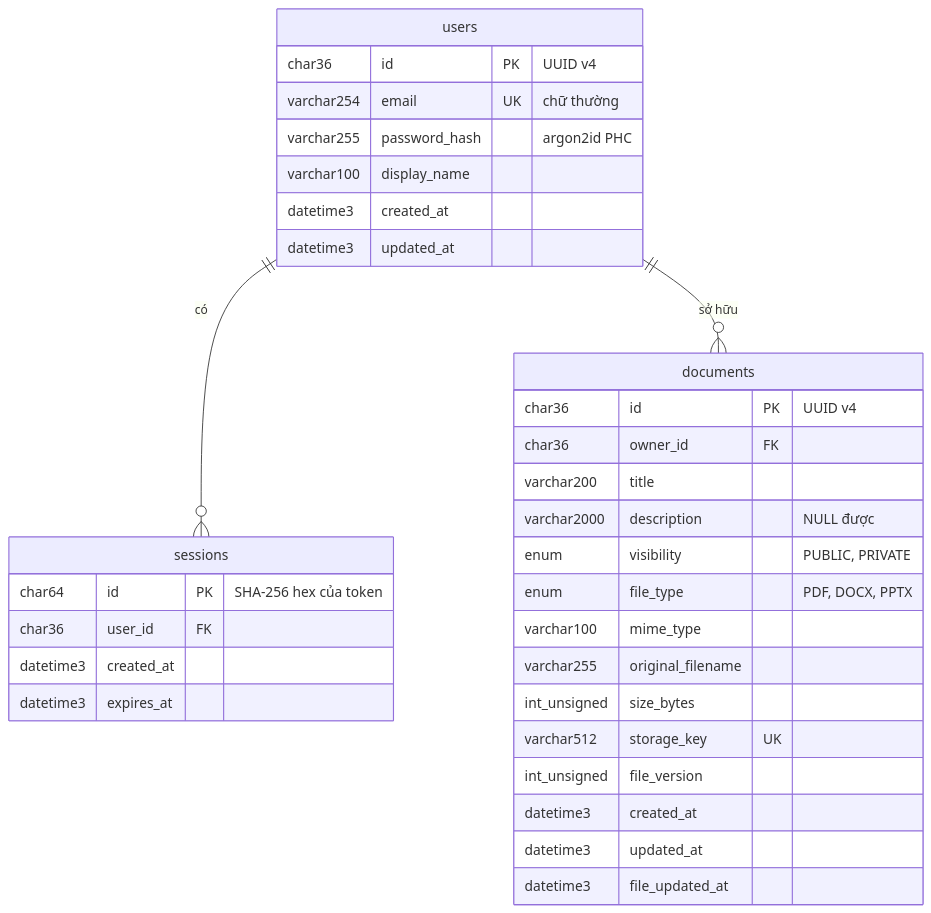
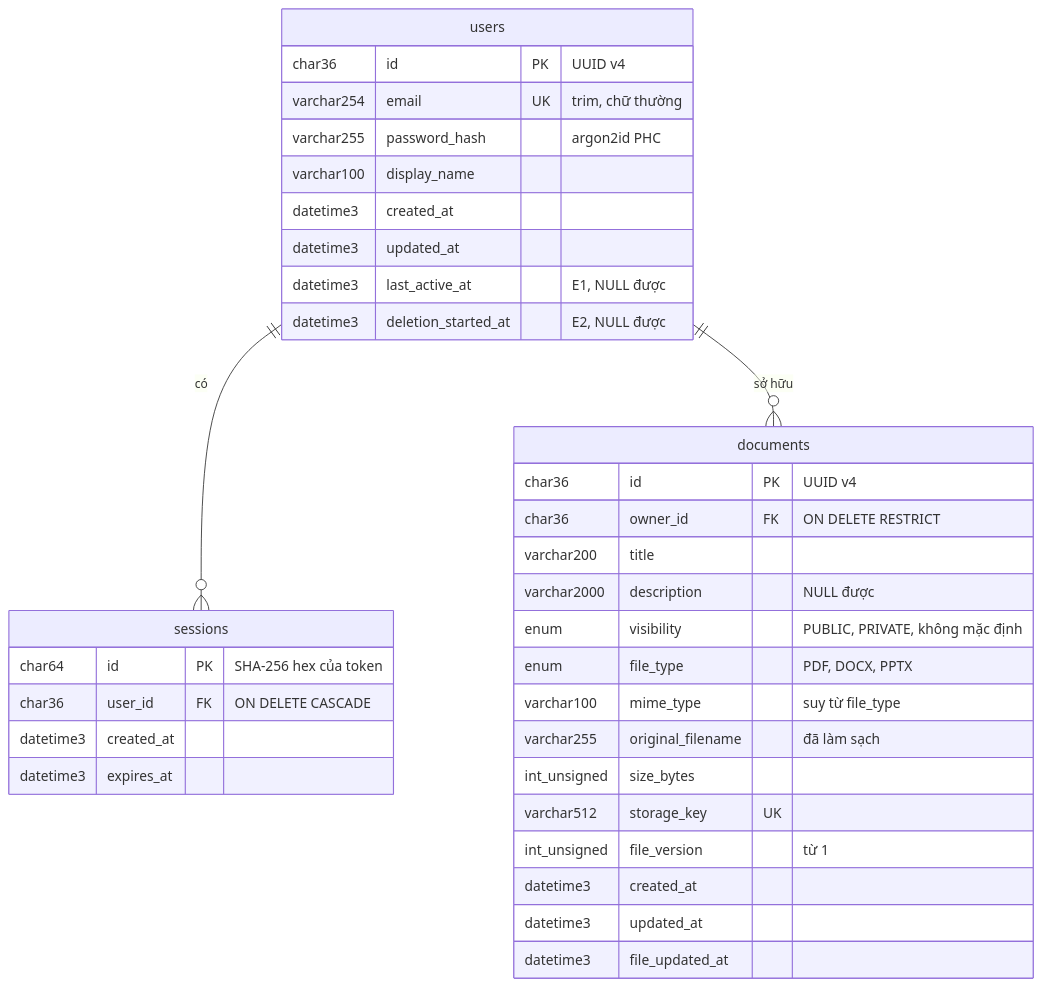
One commit to august0362/btl_cloud changed the sixth of 15 diagrams in docs/ARCHITECTURE.md. Above: the diagram before and after it, drawn with Mermaid. The commit also changed other lines of this file and 9 other files, not shown here.

````diff
--- a/docs/ARCHITECTURE.md
+++ b/docs/ARCHITECTURE.md
@@ -769,35 +292,37 @@
 ```mermaid
 erDiagram
   users ||--o{ sessions : "có"
   users ||--o{ documents : "sở hữu"
   users {
     char36 id PK "UUID v4"
-    varchar254 email UK "chữ thường"
+    varchar254 email UK "trim, chữ thường"
     varchar255 password_hash "argon2id PHC"
     varchar100 display_name
     datetime3 created_at
     datetime3 updated_at
+    datetime3 last_active_at "E1, NULL được"
+    datetime3 deletion_started_at "E2, NULL được"
   }
   sessions {
     char64 id PK "SHA-256 hex của token"
-    char36 user_id FK
+    char36 user_id FK "ON DELETE CASCADE"
     datetime3 created_at
     datetime3 expires_at
   }
   documents {
     char36 id PK "UUID v4"
-    char36 owner_id FK
+    char36 owner_id FK "ON DELETE RESTRICT"
     varchar200 title
     varchar2000 description "NULL được"
-    enum visibility "PUBLIC, PRIVATE"
+    enum visibility "PUBLIC, PRIVATE, không mặc định"
     enum file_type "PDF, DOCX, PPTX"
-    varchar100 mime_type
-    varchar255 original_filename
+    varchar100 mime_type "suy từ file_type"
+    varchar255 original_filename "đã làm sạch"
     int_unsigned size_bytes
     varchar512 storage_key UK
-    int_unsigned file_version
+    int_unsigned file_version "từ 1"
     datetime3 created_at
     datetime3 updated_at
     datetime3 file_updated_at
   }
 ```
````
